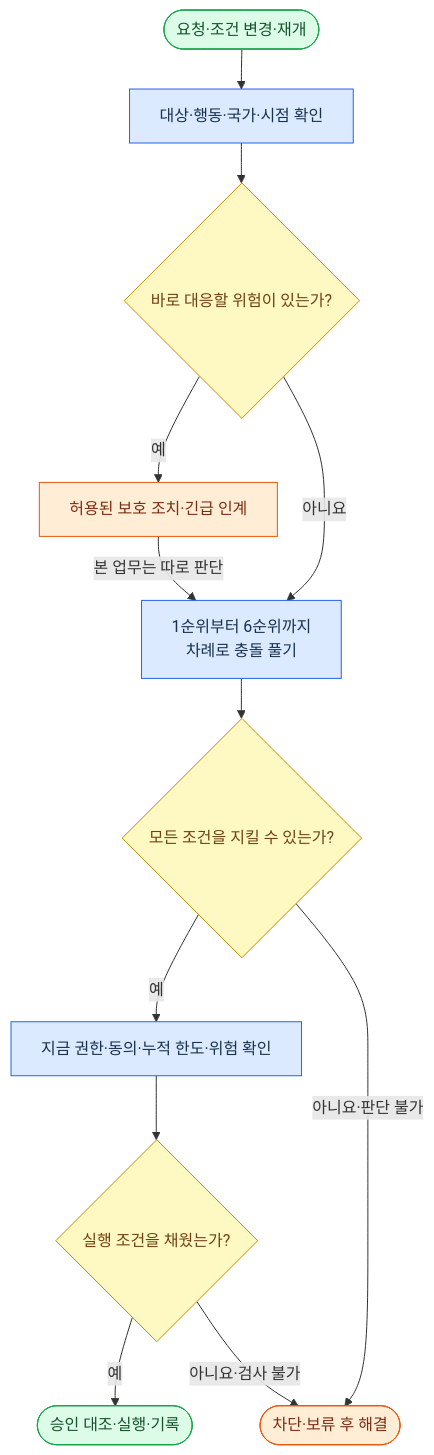
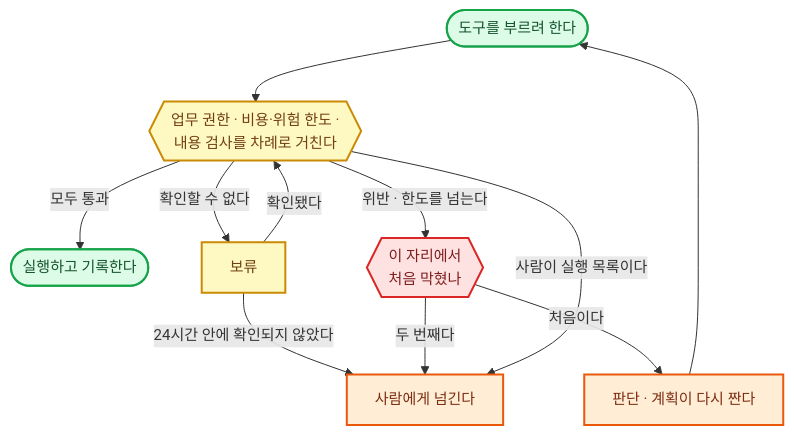
One commit to harisbaguette/expert changed diagram 13 of 26 in 전문가 에이전트 정의 2.md. Above: the diagram before and after it, drawn with Mermaid. The commit also changed other lines of this file and 9 other files, not shown here.

````diff
--- a/전문가 에이전트 정의 2.md
+++ b/전문가 에이전트 정의 2.md
@@ -1323,31 +1532,16 @@
 ```mermaid
-%%{init: {"flowchart": {"curve": "basis", "nodeSpacing": 30, "rankSpacing": 40, "useMaxWidth": true, "wrappingWidth": 320}, "themeVariables": {"fontSize": "16px"}} }%%
+%%{init: {"flowchart": {"wrappingWidth": 640, "curve": "basis", "nodeSpacing": 45, "rankSpacing": 55, "padding": 14, "useMaxWidth": true}, "themeVariables": {"fontSize": "15px"}} }%%
 flowchart TB
-    S(["요청·조건 변경·재개"])
-    T["대상·행동·국가·시점 확인"]
-    U{"바로 대응할 위험이 있는가?"}
-    E["허용된 보호 조치·긴급 인계"]
-    L["1순위부터 6순위까지<br/>차례로 충돌 풀기"]
-    R{"모든 조건을 지킬 수 있는가?"}
-    A["지금 권한·동의·누적 한도·위험 확인"]
-    G{"실행 조건을 채웠는가?"}
-    X(["승인 대조·실행·기록"])
-    H(["차단·보류 후 해결"])
-    S --> T --> U
-    U -- "예" --> E
-    E -- "본 업무는 따로 판단" --> L
-    U -- "아니요" --> L
-    L --> R
-    R -- "예" --> A --> G
-    R -- "아니요·판단 불가" --> H
-    G -- "예" --> X
-    G -- "아니요·검사 불가" --> H
-    classDef main fill:#dbeafe,stroke:#2563eb,color:#17314f
-    classDef decision fill:#fef9c3,stroke:#ca8a04,color:#713f12
-    classDef hold fill:#ffedd5,stroke:#ea580c,color:#7c2d12
-    classDef run fill:#dcfce7,stroke:#16a34a,color:#14532d
-    class T,L,A main
-    class U,R,G decision
-    class E,H hold
-    class S,X run
+    CALL(["도구를 부르려 한다"]):::good --> G{{"업무 권한 · 비용·위험 한도 ·<br/>내용 검사를 차례로 거친다"}}:::note
+    G -- "모두 통과" --> RUN(["실행하고 기록한다"]):::good
+    G -- "확인할 수 없다" --> HOLD["보류"]:::note -- "확인됐다" --> G
+    HOLD -- "24시간 안에 확인되지 않았다" --> HUM
+    G -- "위반 · 한도를 넘는다" --> B{{"이 자리에서<br/>처음 막혔나"}}:::stop
+    B -- "처음이다" --> RE["판단 · 계획이 다시 짠다"]:::back --> CALL
+    B -- "두 번째다" --> HUM["사람에게 넘긴다"]:::back
+    G -- "사람이 실행 목록이다" --> HUM
+    classDef stop fill:#fee2e2,stroke:#dc2626,stroke-width:2px,color:#7f1d1d
+    classDef back fill:#ffedd5,stroke:#ea580c,stroke-width:2px,color:#7c2d12
+    classDef good fill:#dcfce7,stroke:#16a34a,stroke-width:2px,color:#14532d
+    classDef note fill:#fef9c3,stroke:#ca8a04,stroke-width:2px,color:#713f12
 ```
````
